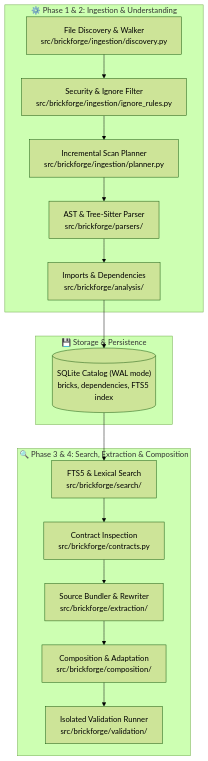
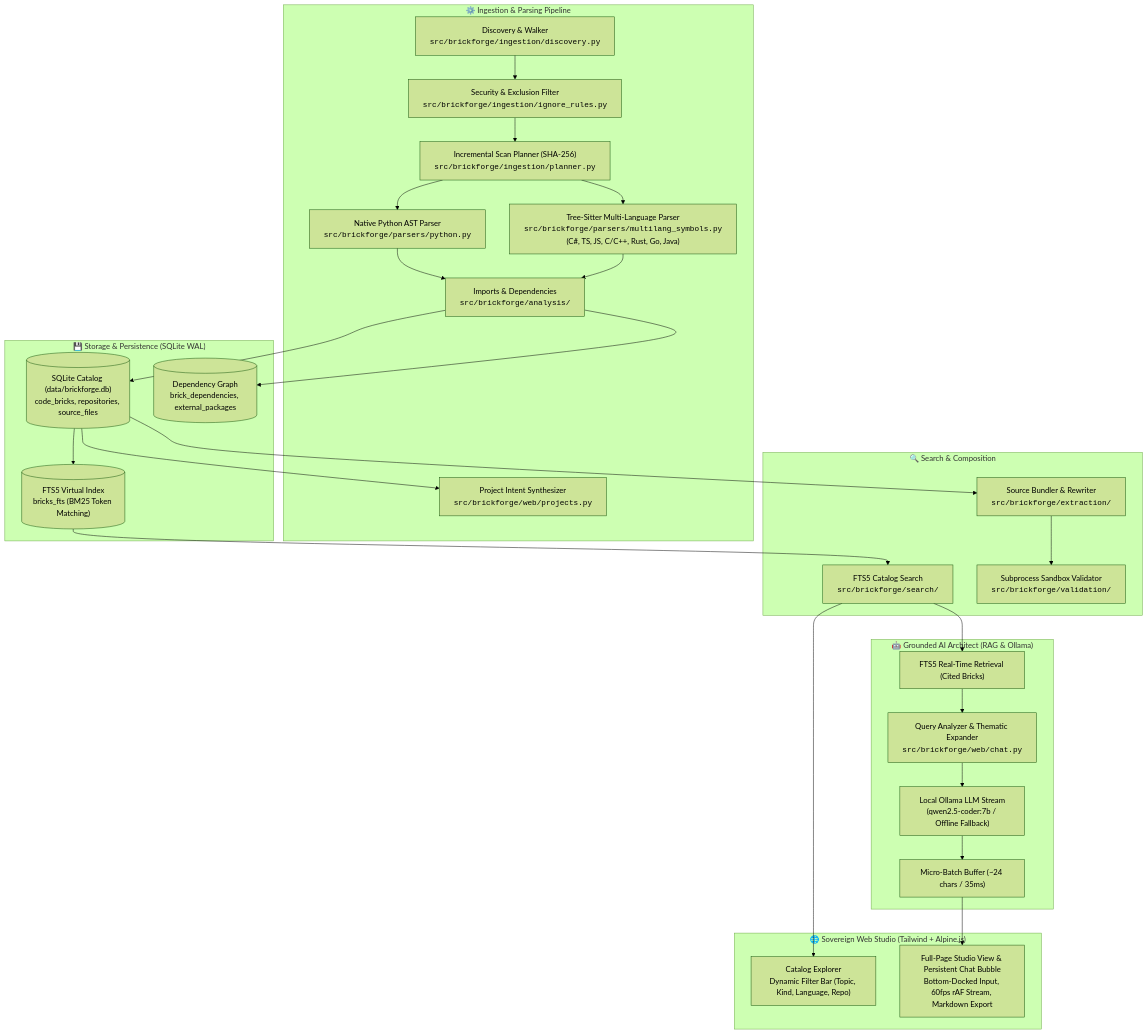
Before and after one commit to titwan37/brickForge: the diagram in README.md, drawn with Mermaid (forest theme). The commit also changed other lines of this file and 10 other files, not shown here.

Commit message:
Web improvement and project summary v1

````diff
--- a/README.md
+++ b/README.md
@@ -25,25 +28,44 @@
 ```mermaid
 flowchart TD
-    subgraph StorageLayer["💾 Storage & Persistence"]
-        DB[("SQLite Catalog (WAL mode)<br/>bricks, dependencies, FTS5 index")]
+    subgraph StorageLayer["💾 Storage & Persistence (SQLite WAL)"]
+        DB[("SQLite Catalog (data/brickforge.db)<br/>code_bricks, repositories, source_files")]
+        FTS[("FTS5 Virtual Index<br/>bricks_fts (BM25 Token Matching)")]
+        Deps[("Dependency Graph<br/>brick_dependencies, external_packages")]
     end
 
-    subgraph IngestionEngine["⚙️ Phase 1 & 2: Ingestion & Understanding"]
-        Discovery["File Discovery & Walker<br/>src/brickforge/ingestion/discovery.py"]
-        Ignore["Security & Ignore Filter<br/>src/brickforge/ingestion/ignore_rules.py"]
-        Planner["Incremental Scan Planner<br/>src/brickforge/ingestion/planner.py"]
-        Parser["AST & Tree-Sitter Parser<br/>src/brickforge/parsers/"]
-        Analysis["Imports & Dependencies<br/>src/brickforge/analysis/"]
+    subgraph IngestionEngine["⚙️ Ingestion & Parsing Pipeline"]
+        Discovery["Discovery & Walker<br/><code>src/brickforge/ingestion/discovery.py</code>"]
+        Ignore["Security & Exclusion Filter<br/><code>src/brickforge/ingestion/ignore_rules.py</code>"]
+        Planner["Incremental Scan Planner (SHA-256)<br/><code>src/brickforge/ingestion/planner.py</code>"]
+        PyParser["Native Python AST Parser<br/><code>src/brickforge/parsers/python.py</code>"]
+        MultiLang["Tree-Sitter Multi-Language Parser<br/><code>src/brickforge/parsers/multilang_symbols.py</code><br/>(C#, TS, JS, C/C++, Rust, Go, Java)"]
+        Analysis["Imports & Dependencies<br/><code>src/brickforge/analysis/</code>"]
+        Projects["Project Intent Synthesizer<br/><code>src/brickforge/web/projects.py</code>"]
     end
 
-    subgraph ServiceEngine["🔍 Phase 3 & 4: Search, Extraction & Composition"]
-        Search["FTS5 & Lexical Search<br/>src/brickforge/search/"]
-        Contracts["Contract Inspection<br/>src/brickforge/contracts.py"]
-        Bundler["Source Bundler & Rewriter<br/>src/brickforge/extraction/"]
-        Composition["Composition & Adaptation<br/>src/brickforge/composition/"]
-        Validation["Isolated Validation Runner<br/>src/brickforge/validation/"]
+    subgraph ServiceEngine["🔍 Search & Composition"]
+        Search["FTS5 Catalog Search<br/><code>src/brickforge/search/</code>"]
+        Bundler["Source Bundler & Rewriter<br/><code>src/brickforge/extraction/</code>"]
+        Validation["Subprocess Sandbox Validator<br/><code>src/brickforge/validation/</code>"]
     end
 
-    Discovery --> Ignore --> Planner --> Parser --> Analysis --> DB
-    DB --> Search --> Contracts --> Bundler --> Composition --> Validation
+    subgraph GroundedChatEngine["🤖 Grounded AI Architect (RAG & Ollama)"]
+        ChatEngine["Query Analyzer & Thematic Expander<br/><code>src/brickforge/web/chat.py</code>"]
+        RAG["FTS5 Real-Time Retrieval (Cited Bricks)"]
+        Ollama["Local Ollama LLM Stream<br/>(qwen2.5-coder:7b / Offline Fallback)"]
+        MicroBuffer["Micro-Batch Buffer (~24 chars / 35ms)"]
+    end
+
+    subgraph WebStudio["🌐 Sovereign Web Studio (Tailwind + Alpine.js)"]
+        CatalogUI["Catalog Explorer<br/>Dynamic Filter Bar (Topic, Kind, Language, Repo)"]
+        StudioUI["Full-Page Studio View & Persistent Chat Bubble<br/>Bottom-Docked Input, 60fps rAF Stream, Markdown Export"]
+    end
+
+    Discovery --> Ignore --> Planner --> PyParser & MultiLang --> Analysis --> DB & Deps
+    DB --> FTS
+    DB --> Projects
+    FTS --> Search --> CatalogUI
+    DB --> Bundler --> Validation
+    
+    Search --> RAG --> ChatEngine --> Ollama --> MicroBuffer --> StudioUI
 ```
````
